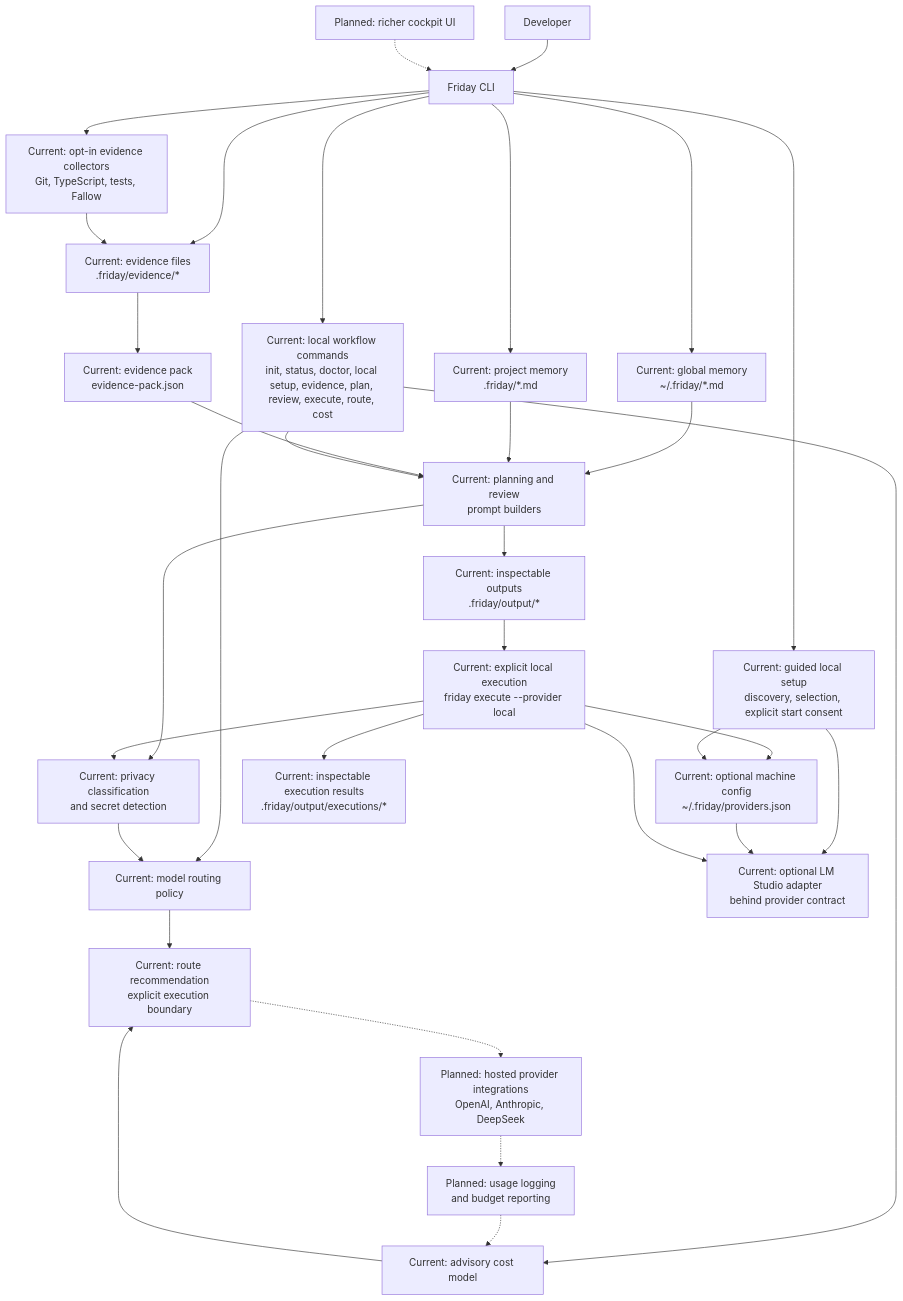
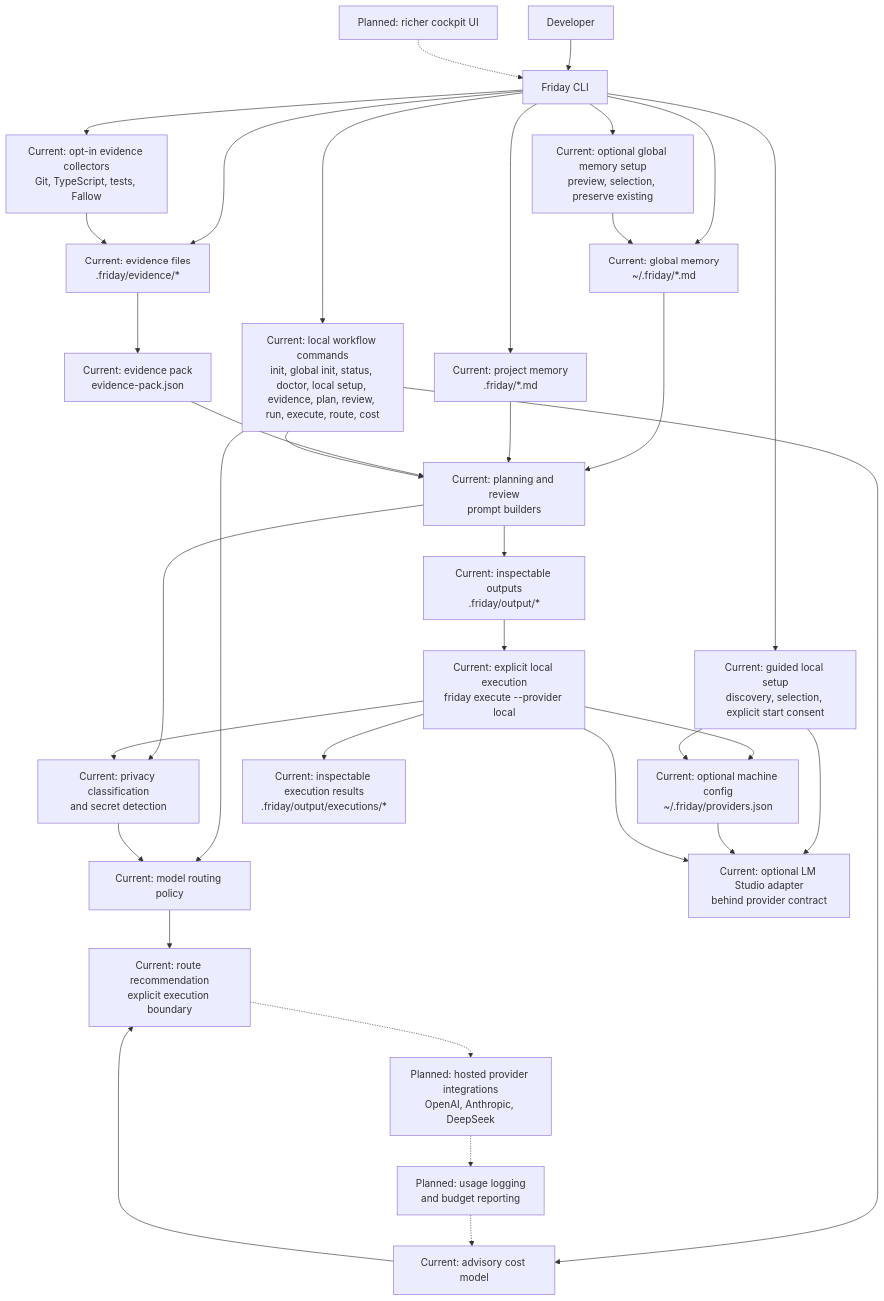
One commit to MikeBlakeway/friday changed the diagram in docs/architecture.md. Above: the diagram before and after it, drawn with Mermaid. The commit also changed other lines of this file and 20 other files, not shown here.

Commit message:
feat(cli): improve local development workflows (#55)

````diff
--- a/docs/architecture.md
+++ b/docs/architecture.md
@@ -13,40 +13,42 @@
 ```mermaid
 flowchart TD
   Developer[Developer] --> CLI[Friday CLI]
 
   CLI --> CurrentGlobalMemory[Current: global memory<br/>~/.friday/*.md]
   CLI --> CurrentProjectMemory[Current: project memory<br/>.friday/*.md]
   CLI --> CurrentEvidence[Current: evidence files<br/>.friday/evidence/*]
-  CLI --> CurrentCommands[Current: local workflow commands<br/>init, status, doctor, local setup, evidence, plan, review, execute, route, cost]
+  CLI --> CurrentCommands[Current: local workflow commands<br/>init, global init, status, doctor, local setup, evidence, plan, review, run, execute, route, cost]
 
   CurrentGlobalMemory --> PromptBuilders[Current: planning and review<br/>prompt builders]
   CurrentProjectMemory --> PromptBuilders
   CurrentEvidence --> EvidencePack[Current: evidence pack<br/>evidence-pack.json]
   EvidencePack --> PromptBuilders
   CurrentCommands --> PromptBuilders
 
   PromptBuilders --> PrivacySafety[Current: privacy classification<br/>and secret detection]
   CurrentCommands --> RoutePolicy[Current: model routing policy]
   CurrentCommands --> CostModel[Current: advisory cost model]
 
   PrivacySafety --> RoutePolicy
   RoutePolicy --> Recommendation[Current: route recommendation<br/>explicit execution boundary]
   CostModel --> Recommendation
   PromptBuilders --> LocalOutputs[Current: inspectable outputs<br/>.friday/output/*]
   LocalOutputs --> ExecuteBoundary[Current: explicit local execution<br/>friday execute --provider local]
   ExecuteBoundary --> PrivacySafety
   ExecuteBoundary --> GlobalProviderConfig[Current: optional machine config<br/>~/.friday/providers.json]
   CLI --> GuidedSetup[Current: guided local setup<br/>discovery, selection, explicit start consent]
+  CLI --> GlobalMemorySetup[Current: optional global memory setup<br/>preview, selection, preserve existing]
+  GlobalMemorySetup --> CurrentGlobalMemory
   GuidedSetup --> GlobalProviderConfig
   GuidedSetup --> CurrentLocalProvider
   GlobalProviderConfig --> CurrentLocalProvider
   ExecuteBoundary --> CurrentLocalProvider[Current: optional LM Studio adapter<br/>behind provider contract]
   ExecuteBoundary --> ExecutionOutputs[Current: inspectable execution results<br/>.friday/output/executions/*]
 
   CLI --> CurrentCollectors[Current: opt-in evidence collectors<br/>Git, TypeScript, tests, Fallow]
   CurrentCollectors --> CurrentEvidence
   Recommendation -.-> PlannedProviders[Planned: hosted provider integrations<br/>OpenAI, Anthropic, DeepSeek]
   PlannedProviders -.-> PlannedUsage[Planned: usage logging<br/>and budget reporting]
   PlannedUsage -.-> CostModel
   PlannedCockpit[Planned: richer cockpit UI] -.-> CLI
 ```
````
